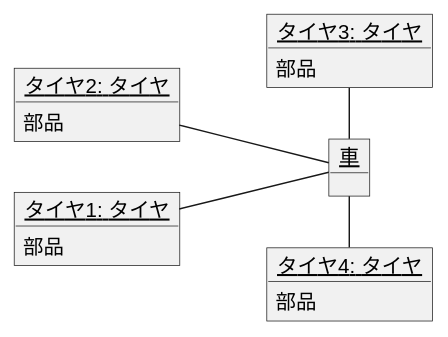
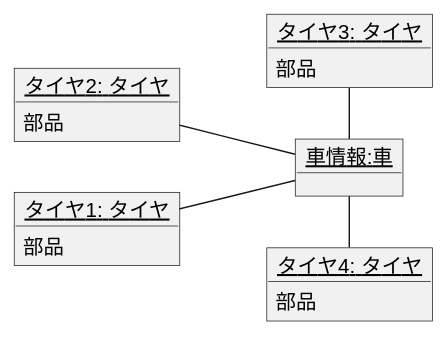
The diagram in 演習3-4_オブジェクト図.pu (YumaSatou/uml-introduction), drawn with PlantUML before and after one commit.

Commit message:
演習3-4に修正を加えました

```diff
--- a/演習3-4_オブジェクト図.pu
+++ b/演習3-4_オブジェクト図.pu
@@ -1,23 +1,23 @@
 @startuml
 left to right direction
 object "<u>タイヤ2: タイヤ</u>" as t2 {
 部品
 }
 object "<u>タイヤ1: タイヤ</u>" as t1 {
 部品
 }
 object "<u>タイヤ3: タイヤ</u>" as t3 {
 部品
 }
 object "<u>タイヤ4: タイヤ</u>" as t4 {
 部品
 }
-object "<u>車</u>" as car1 {
+object "<u>車情報:車</u>" as car1 {
 
 }
 
 t1 -- car1
 t2 -- car1
 t3 -right- car1
 t4 -left- car1
 @enduml
```
